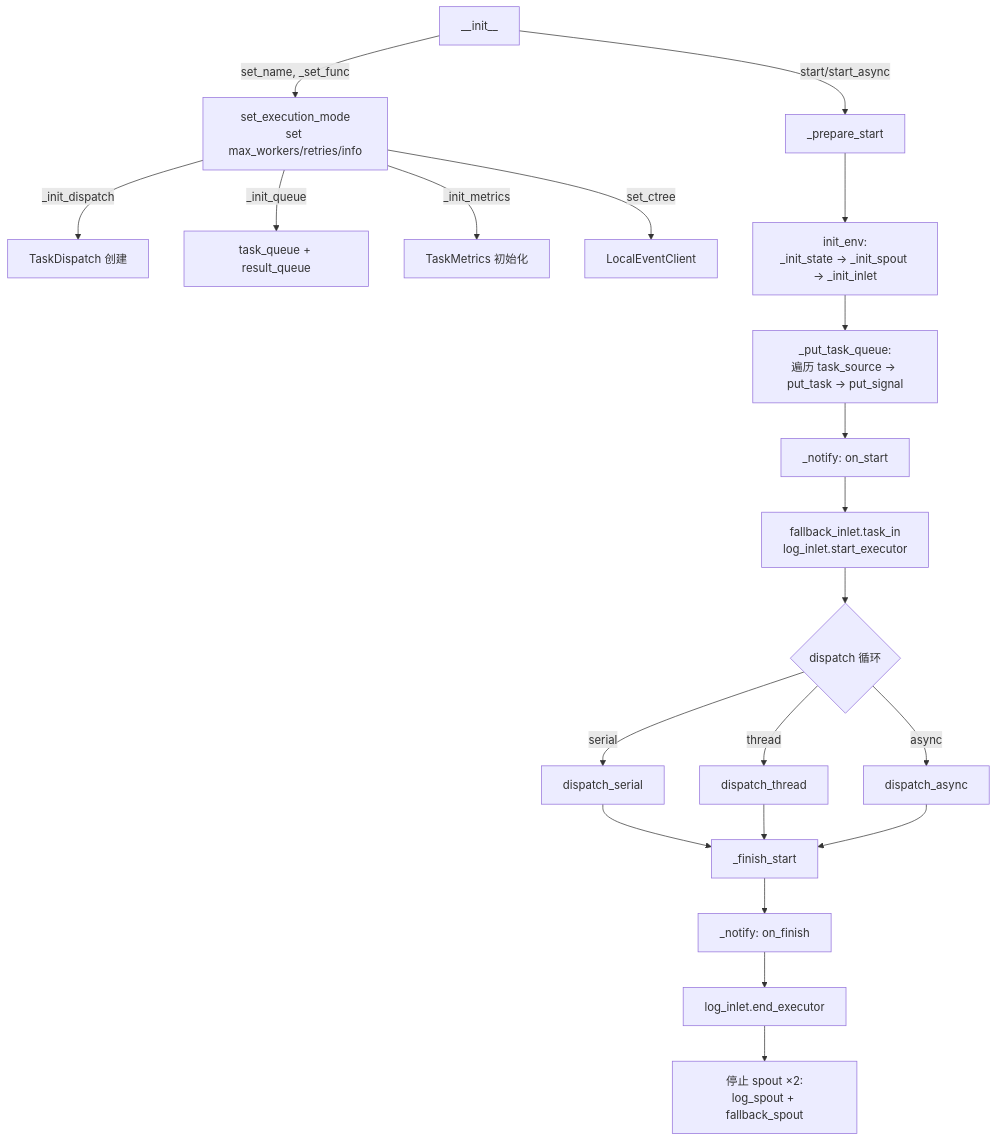
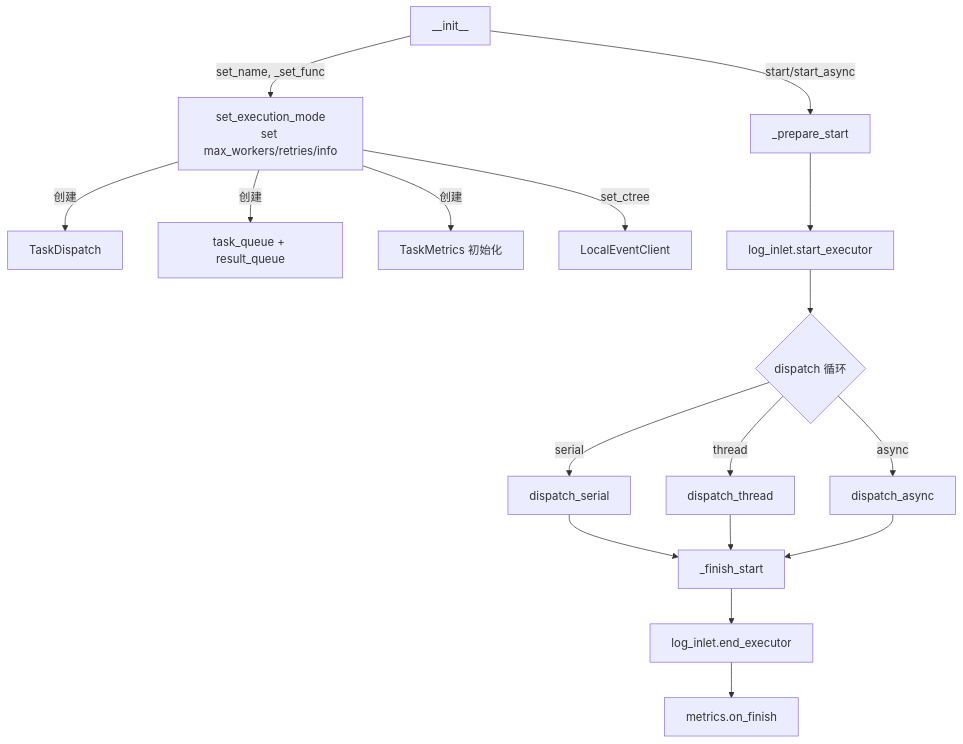
One commit to Mr-xiaotian/CelestialFlow changed the diagram in docs/zh-CN/src/stage/core_executor.md. Above: the diagram before and after it, drawn with Mermaid. The commit also changed other lines of this file and 41 other files, not shown here.

````diff
--- a/docs/zh-CN/src/stage/core_executor.md
+++ b/docs/zh-CN/src/stage/core_executor.md
@@ -180,27 +180,22 @@
 ```mermaid
 flowchart TD
     INIT[__init__] -->|set_name, _set_func| CONFIG[set_execution_mode<br/>set max_workers/retries/info]
-    CONFIG -->|_init_dispatch| DISPATCH[TaskDispatch 创建]
-    CONFIG -->|_init_queue| QUEUE[task_queue + result_queue]
-    CONFIG -->|_init_metrics| METRICS[TaskMetrics 初始化]
+    CONFIG -->|创建| DISPATCH[TaskDispatch]
+    CONFIG -->|创建| QUEUE[task_queue + result_queue]
+    CONFIG -->|创建| METRICS[TaskMetrics 初始化]
     CONFIG -->|set_ctree| CTREE[LocalEventClient]
 
     INIT -->|start/start_async| PREPARE[_prepare_start]
-    PREPARE --> ENV[init_env:<br/>_init_state → _init_spout → _init_inlet]
-    ENV --> PUT[_put_task_queue:<br/>遍历 task_source → put_task → put_signal]
-    PUT --> NOTIFY_START[_notify: on_start]
-    NOTIFY_START --> LOG_START[fallback_inlet.task_in<br/>log_inlet.start_executor]
-
+    PREPARE --> LOG_START[log_inlet.start_executor]
     LOG_START --> RUN{dispatch 循环}
     RUN -->|serial| SERIAL[dispatch_serial]
     RUN -->|thread| THREAD[dispatch_thread]
     RUN -->|async| ASYNC[dispatch_async]
 
     SERIAL --> FINISH[_finish_start]
     THREAD --> FINISH
     ASYNC --> FINISH
 
-    FINISH --> NOTIFY_END[_notify: on_finish]
-    NOTIFY_END --> LOG_END[log_inlet.end_executor]
-    LOG_END --> STOP[停止 spout ×2:<br/>log_spout + fallback_spout]
+    FINISH --> LOG_END[log_inlet.end_executor]
+    LOG_END --> METRICS_FINISH[metrics.on_finish]
 ```
````
